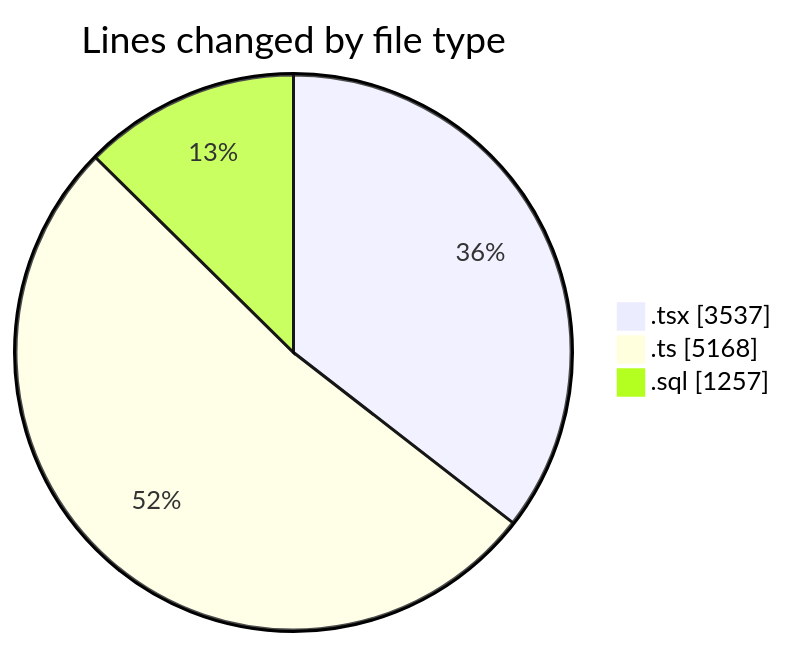
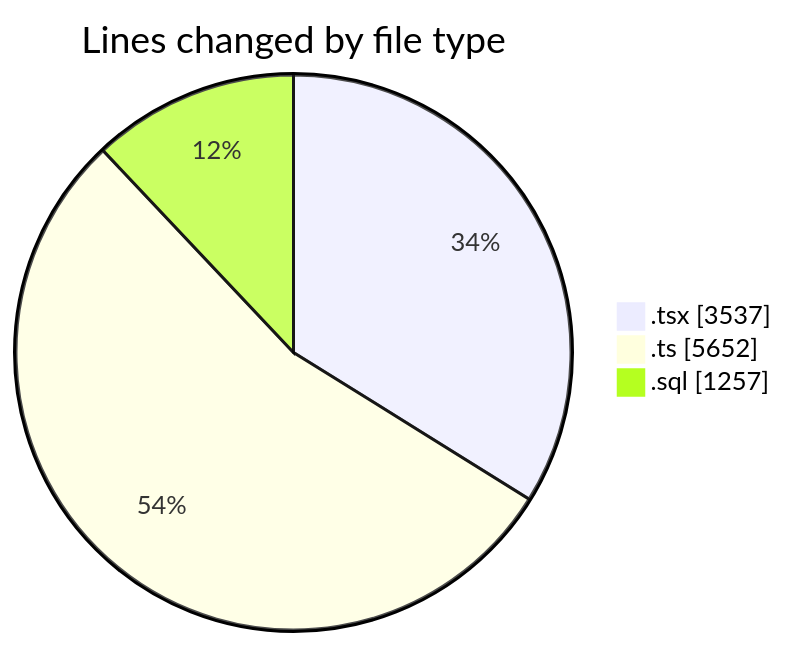
The first of 2 diagrams in 2025-09-05/hiai-phf/README.md (lephambinh05/code-tracking), drawn with Mermaid before and after one commit. The commit also changed other lines of this file and 1 other file, not shown here.

````diff
--- a/2025-09-05/hiai-phf/README.md
+++ b/2025-09-05/hiai-phf/README.md
@@ -81,7 +82,7 @@
 ```mermaid
 pie showData
 title Lines changed by file type
 ".tsx" : 3537
-".ts" : 5168
+".ts" : 5652
 ".sql" : 1257
 ```
````
